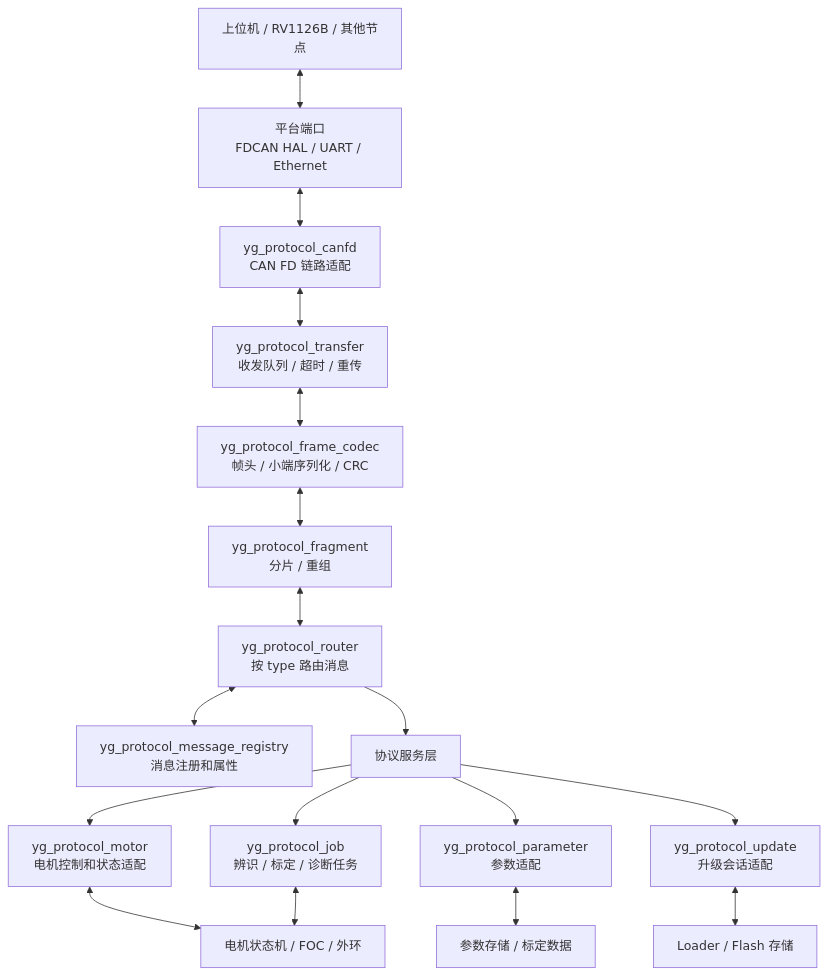
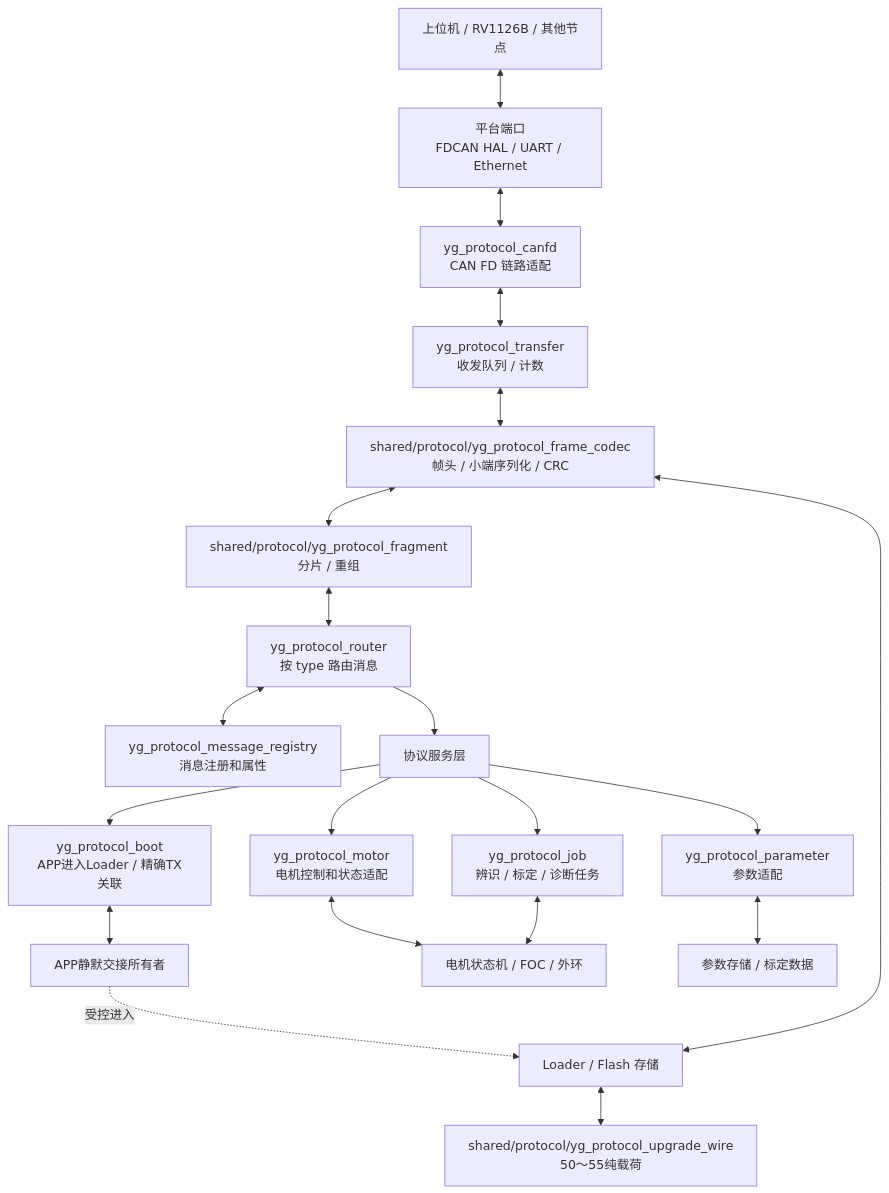
Before and after one commit to haoyang877/Vector_Mini_ST_Firmware: the first of 3 diagrams in docs/architecture/communication_protocol_refactor_spec_v1.md, drawn with Mermaid. The commit also changed other lines of this file and 3 other files, not shown here.

````diff
--- a/docs/architecture/communication_protocol_refactor_spec_v1.md
+++ b/docs/architecture/communication_protocol_refactor_spec_v1.md
@@ -147,36 +156,41 @@
 ```mermaid
 flowchart TB
     APP[上位机 / RV1126B / 其他节点]
     PORT[平台端口\nFDCAN HAL / UART / Ethernet]
     LINK[yg_protocol_canfd\nCAN FD 链路适配]
-    TRANS[yg_protocol_transfer\n收发队列 / 超时 / 重传]
-    CODEC[yg_protocol_frame_codec\n帧头 / 小端序列化 / CRC]
-    FRAG[yg_protocol_fragment\n分片 / 重组]
+    TRANS[yg_protocol_transfer\n收发队列 / 计数]
+    CODEC[shared/protocol/yg_protocol_frame_codec\n帧头 / 小端序列化 / CRC]
+    FRAG[shared/protocol/yg_protocol_fragment\n分片 / 重组]
     ROUTER[yg_protocol_router\n按 type 路由消息]
     REG[yg_protocol_message_registry\n消息注册和属性]
     SERVICES[协议服务层]
     MOTOR[yg_protocol_motor\n电机控制和状态适配]
     PARAM[yg_protocol_parameter\n参数适配]
     JOB[yg_protocol_job\n辨识 / 标定 / 诊断任务]
-    UPDATE[yg_protocol_update\n升级会话适配]
+    BOOT[yg_protocol_boot\nAPP进入Loader / 精确TX关联]
+    UPGRADE[shared/protocol/yg_protocol_upgrade_wire\n50～55纯载荷]
+    BOOT_OWNER[APP静默交接所有者]
     CONTROL[电机状态机 / FOC / 外环]
     STORE[参数存储 / 标定数据]
     LOADER[Loader / Flash 存储]
 
     APP <--> PORT
     PORT <--> LINK
     LINK <--> TRANS
     TRANS <--> CODEC
     CODEC <--> FRAG
     FRAG <--> ROUTER
     ROUTER <--> REG
     ROUTER --> SERVICES
     SERVICES --> MOTOR
     SERVICES --> PARAM
     SERVICES --> JOB
-    SERVICES --> UPDATE
+    SERVICES --> BOOT
     MOTOR <--> CONTROL
     PARAM <--> STORE
     JOB <--> CONTROL
-    UPDATE <--> LOADER
+    BOOT <--> BOOT_OWNER
+    BOOT_OWNER -.受控进入.-> LOADER
+    LOADER <--> UPGRADE
+    LOADER <--> CODEC
 ```
````
